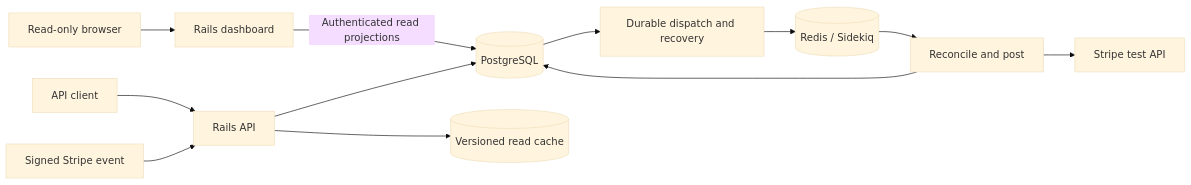
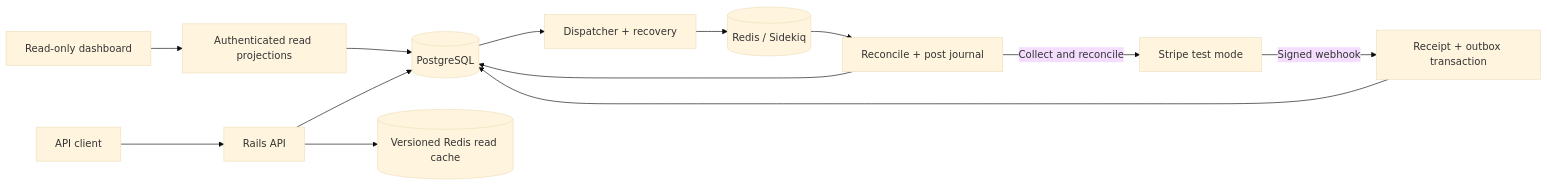
The diagram in README.md (amovingman/Ledgerly), drawn with Mermaid (base theme) before and after one commit. The commit also changed other lines of this file and 2 other files, not shown here.

````diff
--- a/README.md
+++ b/README.md
@@ -9,14 +84,15 @@
 ```mermaid
 flowchart LR
-  Client[API client] --> API[Rails API]
-  Viewer[Read-only browser] --> Dashboard[Rails dashboard]
-  Dashboard -->|Authenticated read projections| DB
-  Stripe[Signed Stripe event] --> API
-  API --> DB[(PostgreSQL)]
-  DB --> Outbox[Durable dispatch and recovery]
-  Outbox --> Redis[(Redis / Sidekiq)]
-  Redis --> Worker[Reconcile and post]
-  Worker --> DB
-  Worker --> Provider[Stripe test API]
-  API --> Cache[(Versioned read cache)]
+    Client[API client] --> API[Rails API]
+    Browser[Read-only dashboard] --> Reads[Authenticated read projections]
+    Reads --> PG[(PostgreSQL)]
+    API --> PG
+    Stripe[Stripe test mode] -->|Signed webhook| Receipt[Receipt + outbox transaction]
+    Receipt --> PG
+    PG --> Dispatch[Dispatcher + recovery]
+    Dispatch --> Redis[(Redis / Sidekiq)]
+    Redis --> Worker[Reconcile + post journal]
+    Worker --> PG
+    Worker -->|Collect and reconcile| Stripe
+    API --> Cache[(Versioned Redis read cache)]
 ```
````
